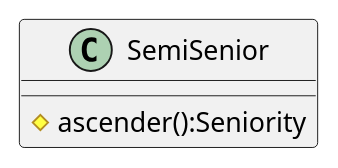
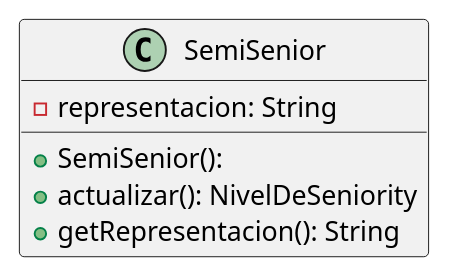
Before and after one commit to mcumskov/Algo3_tp2: the diagram in diagrams/clases/seniority/clase_semiSenior.plantuml, drawn with PlantUML. The commit also changed 19 other files, not shown here.

Commit message:
actualizo diagramas

```diff
--- a/diagrams/clases/seniority/clase_semiSenior.plantuml
+++ b/diagrams/clases/seniority/clase_semiSenior.plantuml
@@ -1,5 +1,11 @@
 @startuml
+skinparam linetype ortho
+
 class SemiSenior {
-    # ascender():Seniority
+  + SemiSenior():
+  - representacion: String
+  + actualizar(): NivelDeSeniority
+  + getRepresentacion(): String
 }
+
 @enduml
```
